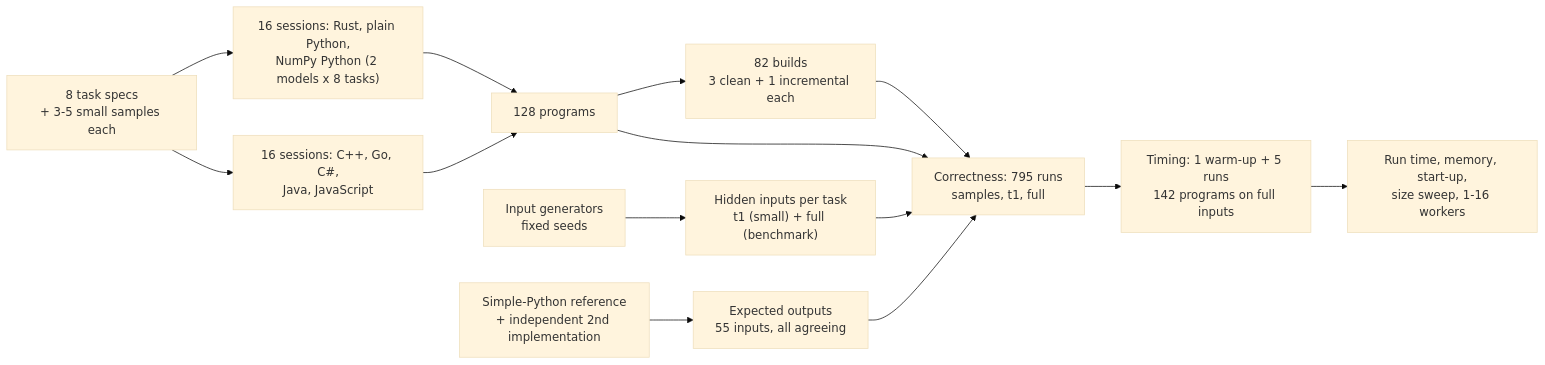
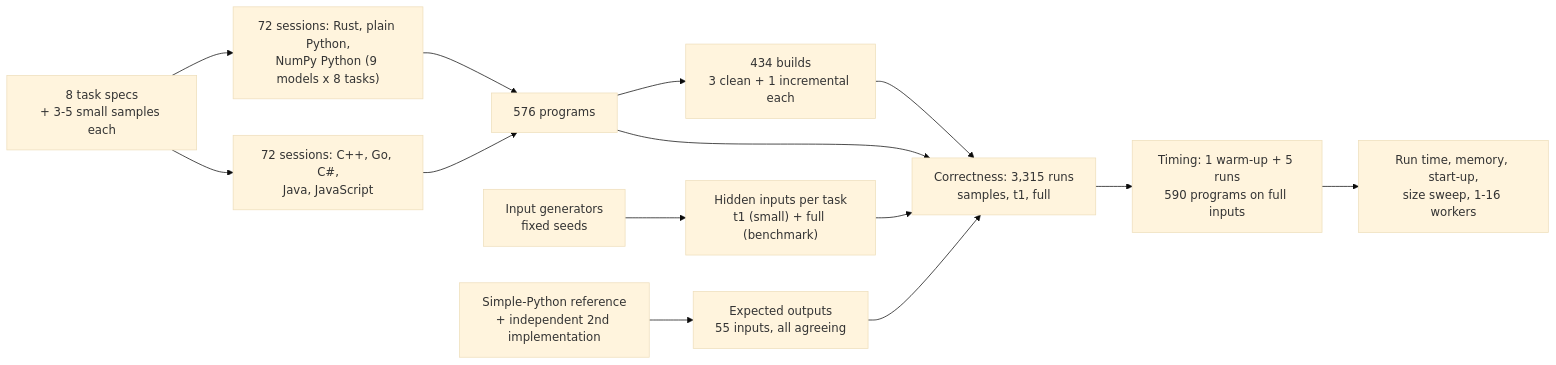
One commit to k-sandhu/experiment-notebooks changed the first of 2 diagrams in notebooks/39-rust-vs-python/README.md. Above: the diagram before and after it, drawn with Mermaid (base theme). The commit also changed other lines of this file and 341 other files, not shown here.

First line of the commit message:
Notebook 39: nine models, final timing and rewritten text

````diff
--- a/notebooks/39-rust-vs-python/README.md
+++ b/notebooks/39-rust-vs-python/README.md
@@ -146,16 +162,16 @@
 ```mermaid
 flowchart LR
-    spec["8 task specs<br/>+ 3-5 small samples each"] --> s1["16 sessions: Rust, plain Python,<br/>NumPy Python (2 models x 8 tasks)"]
-    spec --> s2["16 sessions: C++, Go, C#,<br/>Java, JavaScript"]
-    s1 --> progs["128 programs"]
+    spec["8 task specs<br/>+ 3-5 small samples each"] --> s1["72 sessions: Rust, plain Python,<br/>NumPy Python (9 models x 8 tasks)"]
+    spec --> s2["72 sessions: C++, Go, C#,<br/>Java, JavaScript"]
+    s1 --> progs["576 programs"]
     s2 --> progs
     gen["Input generators<br/>fixed seeds"] --> hidden["Hidden inputs per task<br/>t1 (small) + full (benchmark)"]
     ref["Simple-Python reference<br/>+ independent 2nd implementation"] --> exp["Expected outputs<br/>55 inputs, all agreeing"]
-    progs --> build["82 builds<br/>3 clean + 1 incremental each"]
-    build --> check["Correctness: 795 runs<br/>samples, t1, full"]
+    progs --> build["434 builds<br/>3 clean + 1 incremental each"]
+    build --> check["Correctness: 3,315 runs<br/>samples, t1, full"]
     progs --> check
     hidden --> check
     exp --> check
-    check --> time["Timing: 1 warm-up + 5 runs<br/>142 programs on full inputs"]
+    check --> time["Timing: 1 warm-up + 5 runs<br/>590 programs on full inputs"]
     time --> out["Run time, memory, start-up,<br/>size sweep, 1-16 workers"]
 ```
````
